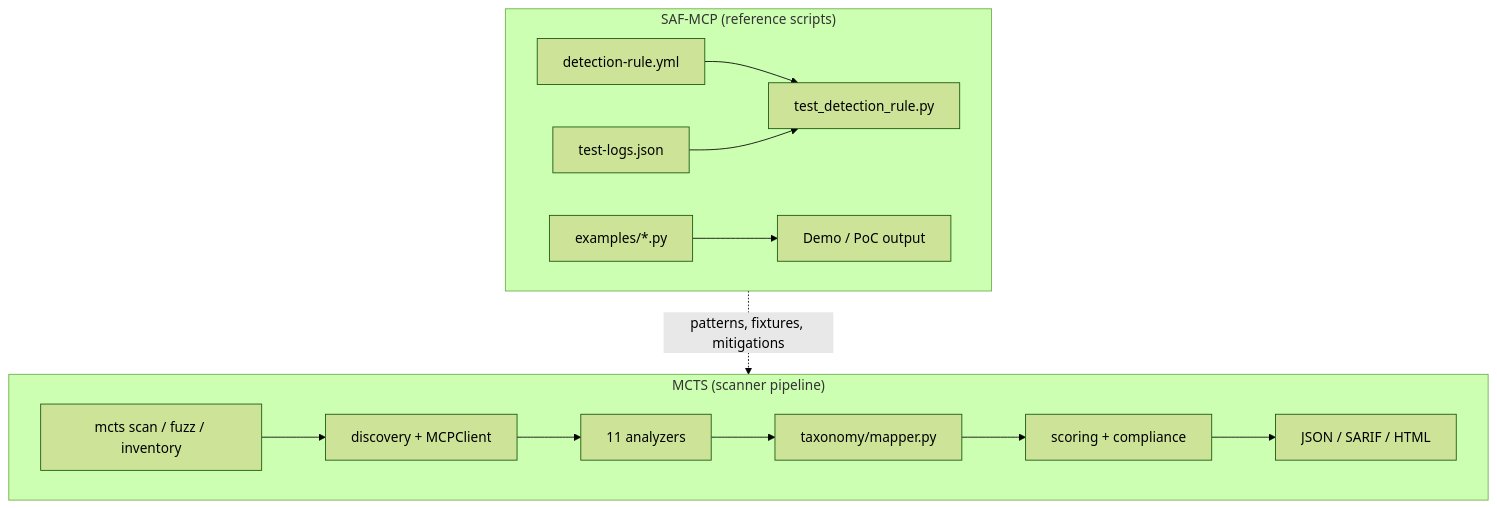
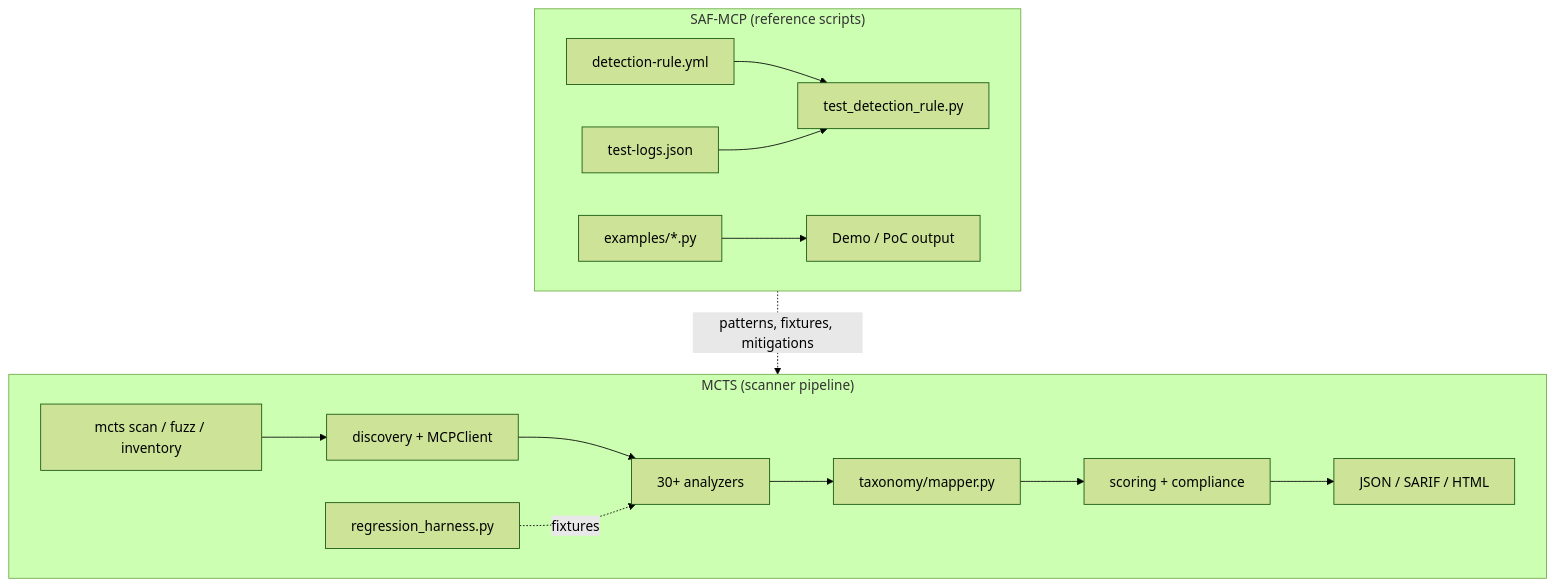
One commit to MCP-Audit/MCPAudit changed the diagram in competitors/saf-mcp-main/docs/08-script-to-script-comparison-with-mcts.md. Above: the diagram before and after it, drawn with Mermaid (forest theme). The commit also changed other lines of this file and 173 other files, not shown here.

Commit message:
Expand technique catalog, regression harness, and taxonomy documentation.

````diff
--- a/competitors/saf-mcp-main/docs/08-script-to-script-comparison-with-mcts.md
+++ b/competitors/saf-mcp-main/docs/08-script-to-script-comparison-with-mcts.md
@@ -97,24 +103,26 @@
 ```mermaid
 flowchart TB
     subgraph SAF["SAF-MCP (reference scripts)"]
         DR[detection-rule.yml]
         TL[test-logs.json]
         TDR[test_detection_rule.py]
         EX[examples/*.py]
         DR --> TDR
         TL --> TDR
         EX --> DEMO[Demo / PoC output]
     end
 
     subgraph MCTS["MCTS (scanner pipeline)"]
         CLI[mcts scan / fuzz / inventory]
         DISC[discovery + MCPClient]
-        AN[11 analyzers]
+        AN[30+ analyzers]
         TAX[taxonomy/mapper.py]
+        REG[regression_harness.py]
         SC[scoring + compliance]
         RPT[JSON / SARIF / HTML]
         CLI --> DISC --> AN --> TAX --> SC --> RPT
+        REG -.->|fixtures| AN
     end
 
     SAF -.->|"patterns, fixtures, mitigations"| MCTS
 ```
````
